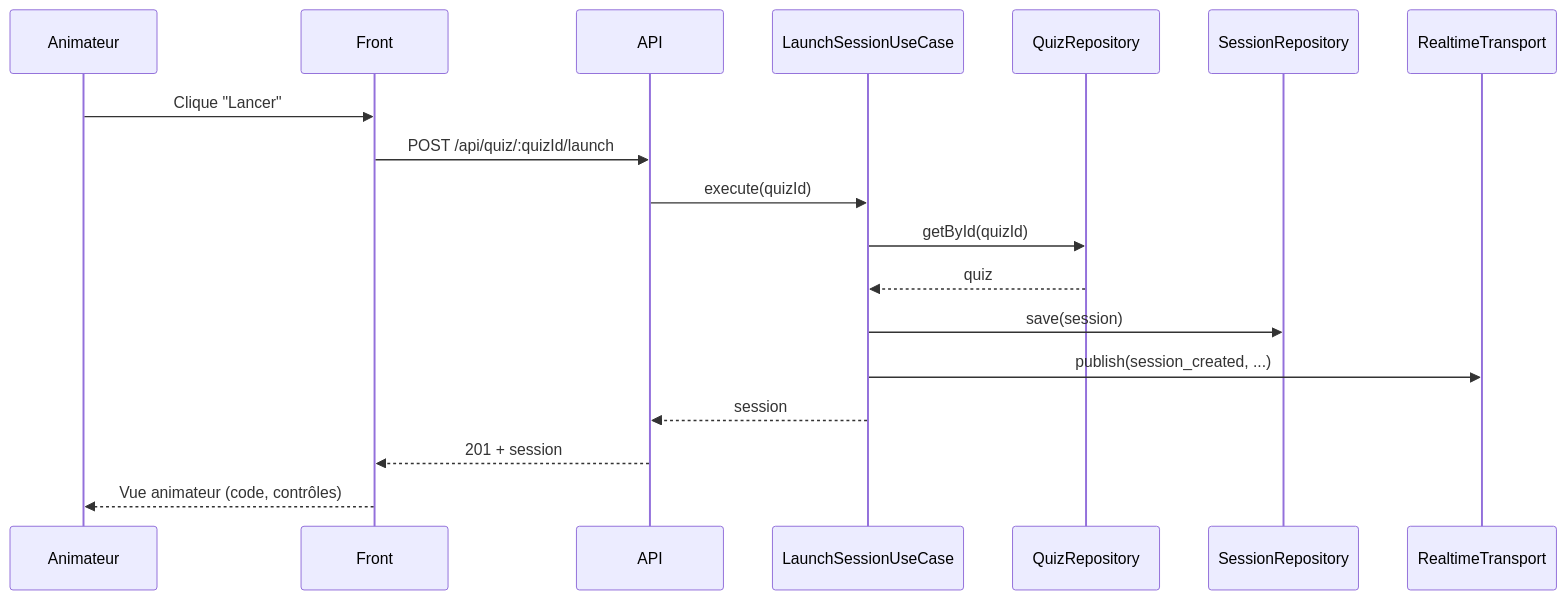
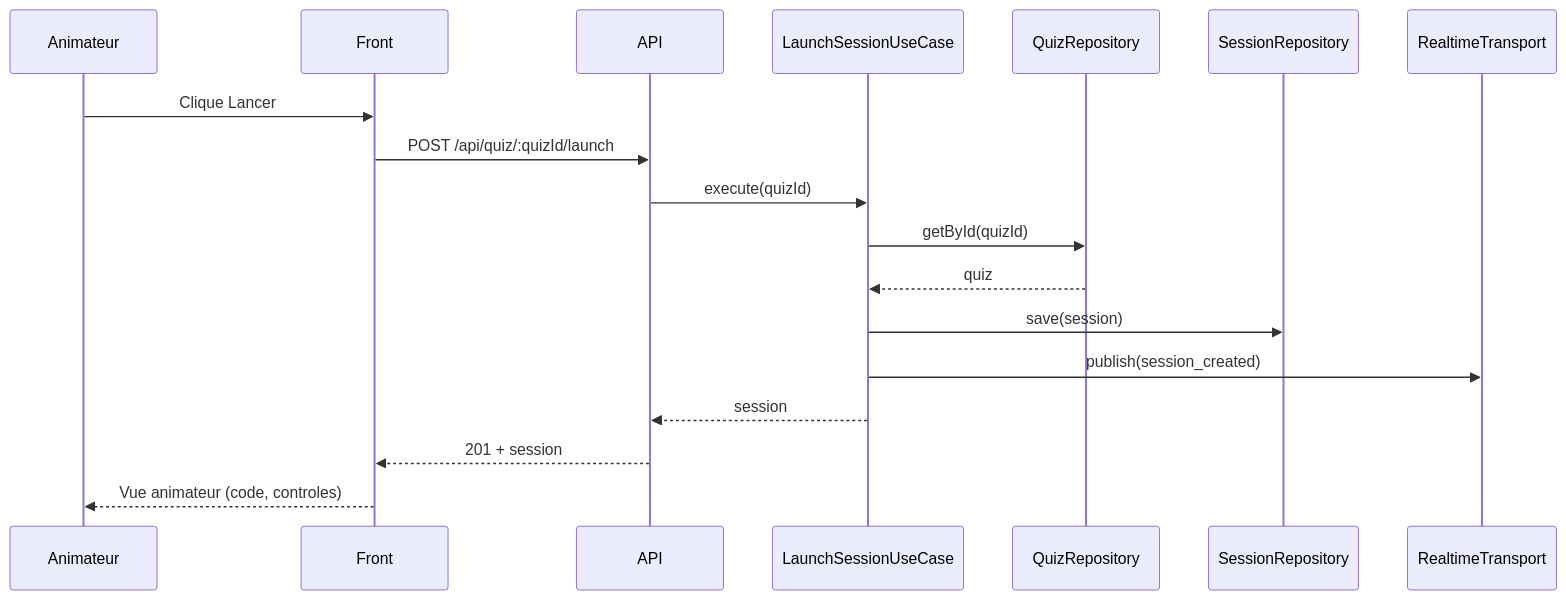
The second of 5 diagrams in docs/ARCHITECTURE.md (gbaratie/kahin), drawn with Mermaid before and after one commit. The commit also changed other lines of this file, not shown here.

````diff
--- a/docs/ARCHITECTURE.md
+++ b/docs/ARCHITECTURE.md
@@ -150,21 +150,21 @@
 ```mermaid
 sequenceDiagram
   participant Animateur
   participant Front
   participant API
   participant LaunchSessionUseCase
   participant QuizRepository
   participant SessionRepository
   participant RealtimeTransport
 
-  Animateur->>Front: Clique "Lancer"
+  Animateur->>Front: Clique Lancer
   Front->>API: POST /api/quiz/:quizId/launch
   API->>LaunchSessionUseCase: execute(quizId)
   LaunchSessionUseCase->>QuizRepository: getById(quizId)
   QuizRepository-->>LaunchSessionUseCase: quiz
   LaunchSessionUseCase->>SessionRepository: save(session)
-  LaunchSessionUseCase->>RealtimeTransport: publish(session_created, ...)
+  LaunchSessionUseCase->>RealtimeTransport: publish(session_created)
   LaunchSessionUseCase-->>API: session
   API-->>Front: 201 + session
-  Front-->>Animateur: Vue animateur (code, contrôles)
+  Front-->>Animateur: Vue animateur (code, controles)
 ```
````
